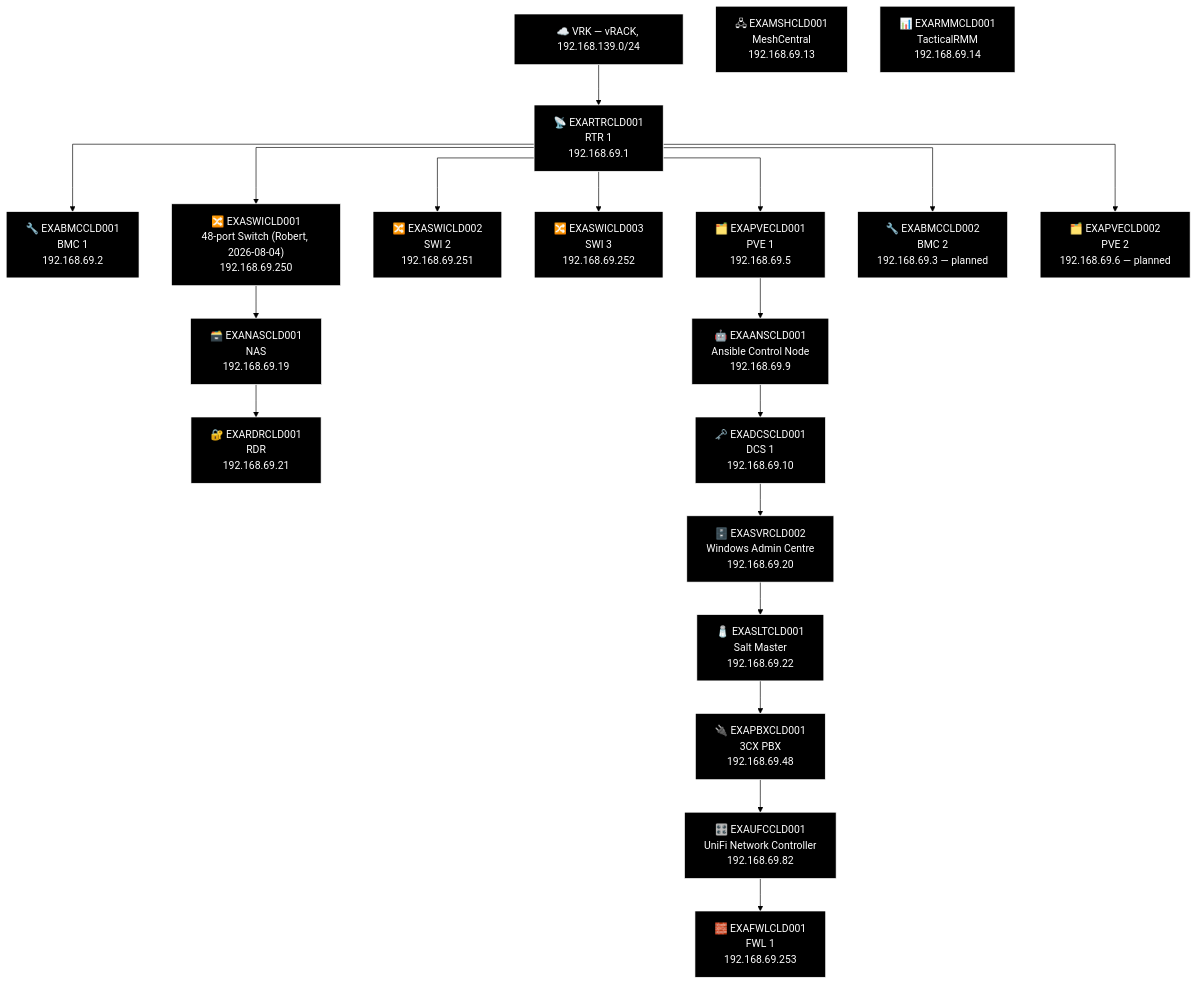
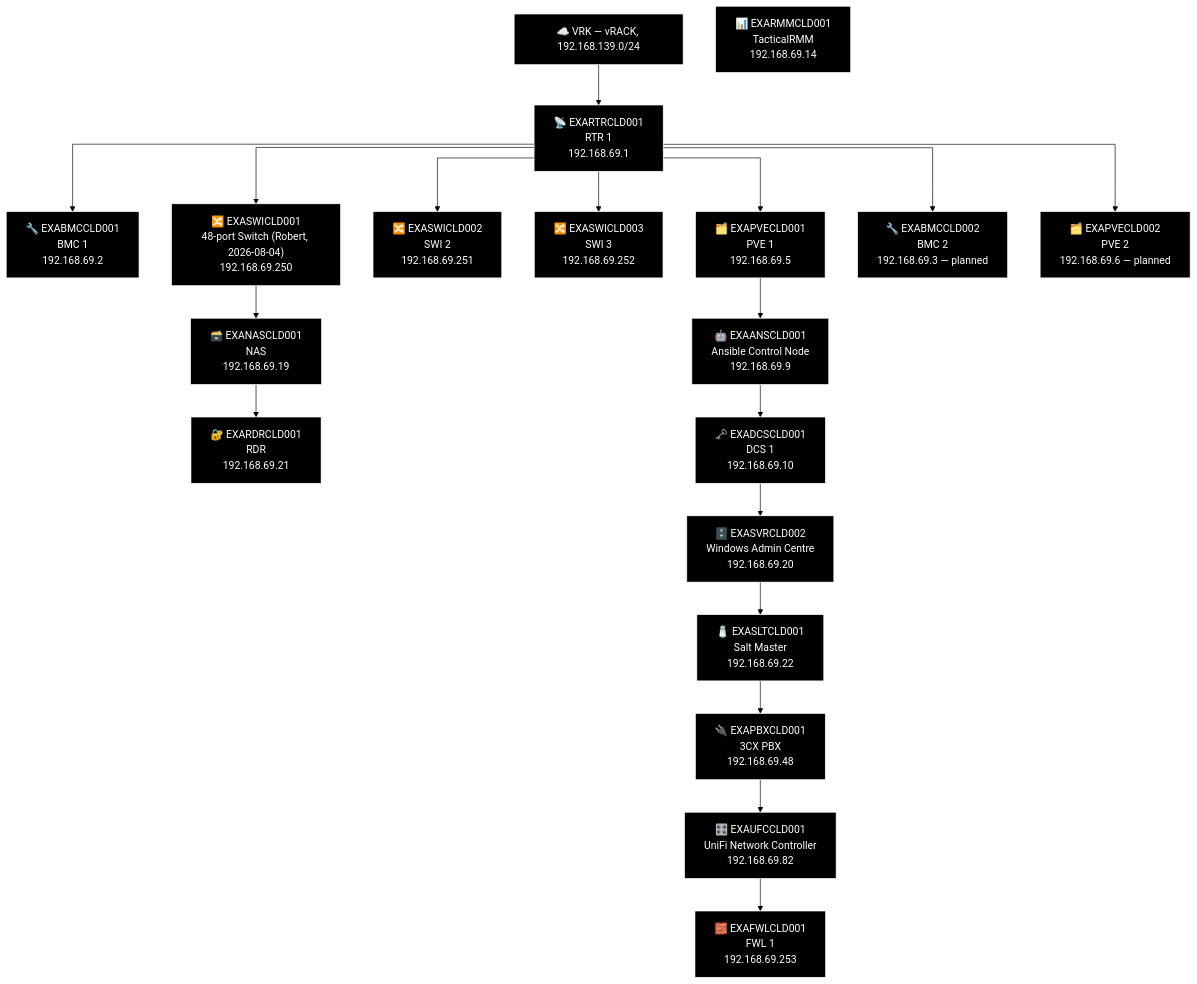
One commit to knightmare2600/example_music_infra changed the second of 2 diagrams in docs/network-diagram/cld.md. Above: the diagram before and after it, drawn with Mermaid (forest theme). The commit also changed 12 other files, not shown here.

````diff
--- a/docs/network-diagram/cld.md
+++ b/docs/network-diagram/cld.md
@@ -44,56 +44,54 @@
 ```mermaid
 %% GENERATED:TOPOLOGY:CLD:START
 %%{init: {'flowchart': {'curve': 'stepAfter'}}}%%
 graph TD
     T_VRK["☁️ VRK — vRACK, 192.168.139.0/24"]
     T_RTR["📡 EXARTRCLD001<br/>RTR 1<br/>192.168.69.1"]
     T_VRK --> T_RTR
     T_BMC["🔧 EXABMCCLD001<br/>BMC 1<br/>192.168.69.2"]
     T_RTR --> T_BMC
     T_PVE["🗂️ EXAPVECLD001<br/>PVE 1<br/>192.168.69.5"]
     T_RTR --> T_PVE
     T_SWI["🔀 EXASWICLD002<br/>SWI 2<br/>192.168.69.251"]
     T_RTR --> T_SWI
     T_SWI2["🔀 EXASWICLD003<br/>SWI 3<br/>192.168.69.252"]
     T_RTR --> T_SWI2
     T_SWI3["🔀 EXASWICLD001<br/>48-port Switch (Robert, 2026-08-04)<br/>192.168.69.250"]
     T_RTR --> T_SWI3
     T_BMC2["🔧 EXABMCCLD002<br/>BMC 2<br/>192.168.69.3 — planned"]
     T_RTR --> T_BMC2
     T_PVE2["🗂️ EXAPVECLD002<br/>PVE 2<br/>192.168.69.6 — planned"]
     T_RTR --> T_PVE2
     T_NAS["🗃️ EXANASCLD001<br/>NAS<br/>192.168.69.19"]
     T_RDR["🔐 EXARDRCLD001<br/>RDR<br/>192.168.69.21"]
     T_SWI3 --> T_NAS --> T_RDR
     T_ANS["🤖 EXAANSCLD001<br/>Ansible Control Node<br/>192.168.69.9"]
     T_DCS["🗝️ EXADCSCLD001<br/>DCS 1<br/>192.168.69.10"]
     T_SVR["🗄️ EXASVRCLD002<br/>Windows Admin Centre<br/>192.168.69.20"]
     T_SLT["🧂 EXASLTCLD001<br/>Salt Master<br/>192.168.69.22"]
     T_PBX["🔌 EXAPBXCLD001<br/>3CX PBX<br/>192.168.69.48"]
     T_UFC["🎛️ EXAUFCCLD001<br/>UniFi Network Controller<br/>192.168.69.82"]
     T_FWL["🧱 EXAFWLCLD001<br/>FWL 1<br/>192.168.69.253"]
     T_PVE --> T_ANS --> T_DCS --> T_SVR --> T_SLT --> T_PBX --> T_UFC --> T_FWL
-    T_MSH["🖧 EXAMSHCLD001<br/>MeshCentral<br/>192.168.69.13"]
     T_RMM["📊 EXARMMCLD001<br/>TacticalRMM<br/>192.168.69.14"]
     style T_VRK fill:#000000,stroke:#FFFFFF,color:#FFFFFF
     style T_RTR fill:#000000,stroke:#FFFFFF,color:#FFFFFF
     style T_BMC fill:#000000,stroke:#FFFFFF,color:#FFFFFF
     style T_PVE fill:#000000,stroke:#FFFFFF,color:#FFFFFF
     style T_SWI fill:#000000,stroke:#FFFFFF,color:#FFFFFF
     style T_SWI2 fill:#000000,stroke:#FFFFFF,color:#FFFFFF
     style T_SWI3 fill:#000000,stroke:#FFFFFF,color:#FFFFFF
     style T_BMC2 fill:#000000,stroke:#FFFFFF,color:#FFFFFF
     style T_PVE2 fill:#000000,stroke:#FFFFFF,color:#FFFFFF
     style T_NAS fill:#000000,stroke:#FFFFFF,color:#FFFFFF
     style T_RDR fill:#000000,stroke:#FFFFFF,color:#FFFFFF
     style T_ANS fill:#000000,stroke:#FFFFFF,color:#FFFFFF
     style T_DCS fill:#000000,stroke:#FFFFFF,color:#FFFFFF
     style T_SVR fill:#000000,stroke:#FFFFFF,color:#FFFFFF
     style T_SLT fill:#000000,stroke:#FFFFFF,color:#FFFFFF
     style T_PBX fill:#000000,stroke:#FFFFFF,color:#FFFFFF
     style T_UFC fill:#000000,stroke:#FFFFFF,color:#FFFFFF
     style T_FWL fill:#000000,stroke:#FFFFFF,color:#FFFFFF
-    style T_MSH fill:#000000,stroke:#FFFFFF,color:#FFFFFF
     style T_RMM fill:#000000,stroke:#FFFFFF,color:#FFFFFF
 %% GENERATED:TOPOLOGY:CLD:END
 ```
````
